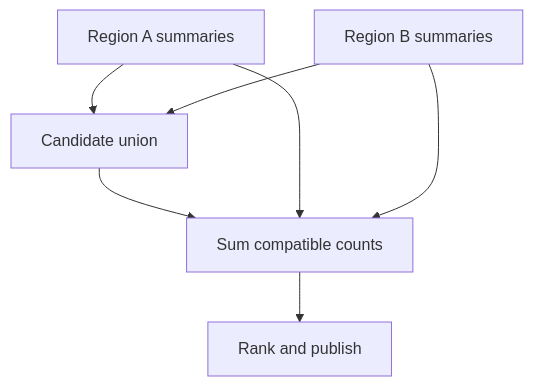
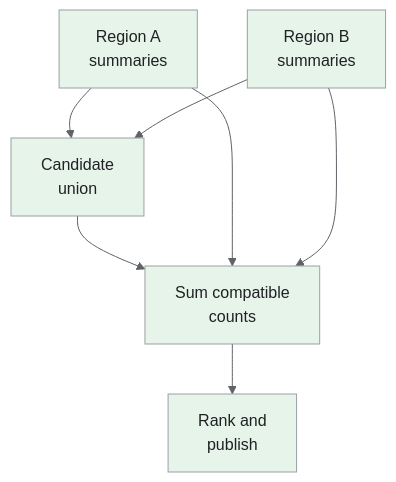
The fourth of 5 diagrams in _designs/system-design-youtube.md (iliazlobin/iliazlobin.github.io), drawn with Mermaid before and after one commit. The commit also changed other lines of this file and 131 other files, not shown here.

````diff
--- a/_designs/system-design-youtube.md
+++ b/_designs/system-design-youtube.md
@@ -246,9 +350,15 @@
 ```mermaid
+%%{init: {"theme":"base","themeVariables":{"primaryColor":"#e8f0fe","primaryBorderColor":"#9aa0a6","primaryTextColor":"#202124","secondaryColor":"#e6f4ea","tertiaryColor":"#fef7e0","lineColor":"#5f6368","actorBkg":"#e8f0fe","actorBorder":"#9aa0a6","actorTextColor":"#202124","noteBkgColor":"#fef7e0","noteBorderColor":"#9aa0a6","noteTextColor":"#202124","signalColor":"#5f6368","signalTextColor":"#202124"}}}%%
 flowchart TB
-  A["Region A summaries"] --> U["Candidate union"]
-  B["Region B summaries"] --> U
-  U --> C["Sum compatible counts"]
-  C --> R["Rank and publish"]
+  A["Region A<br>summaries"] --> U["Candidate<br>union"]
+  B["Region B<br>summaries"] --> U
+  U --> C["Sum compatible<br>counts"]
+  C --> R["Rank and<br>publish"]
   A --> C
   B --> C
+classDef request fill:#e8f0fe,stroke:#9aa0a6,color:#202124;
+classDef data fill:#e6f4ea,stroke:#9aa0a6,color:#202124;
+classDef control fill:#fef7e0,stroke:#9aa0a6,color:#202124;
+class A,B,U,C,R data;
+
 ```
````
